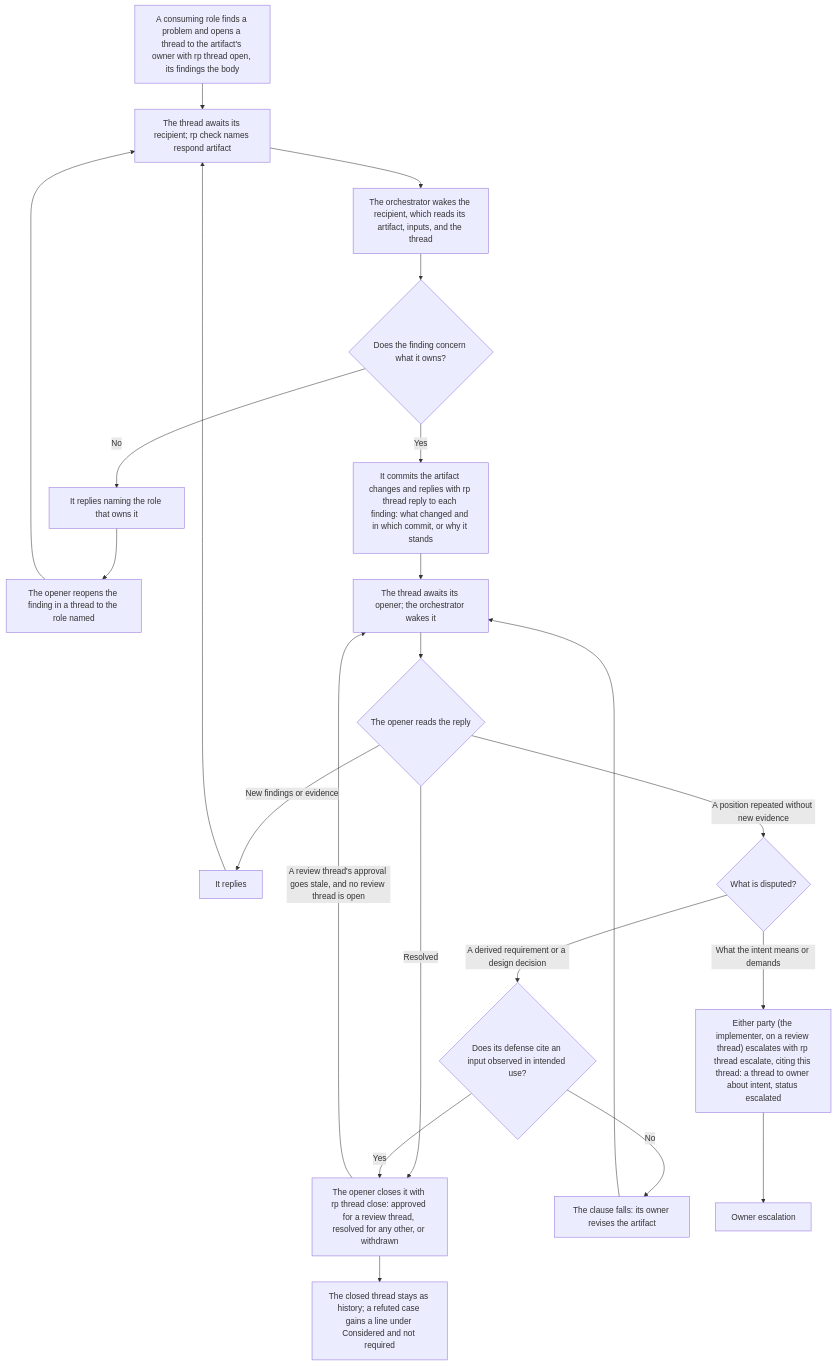
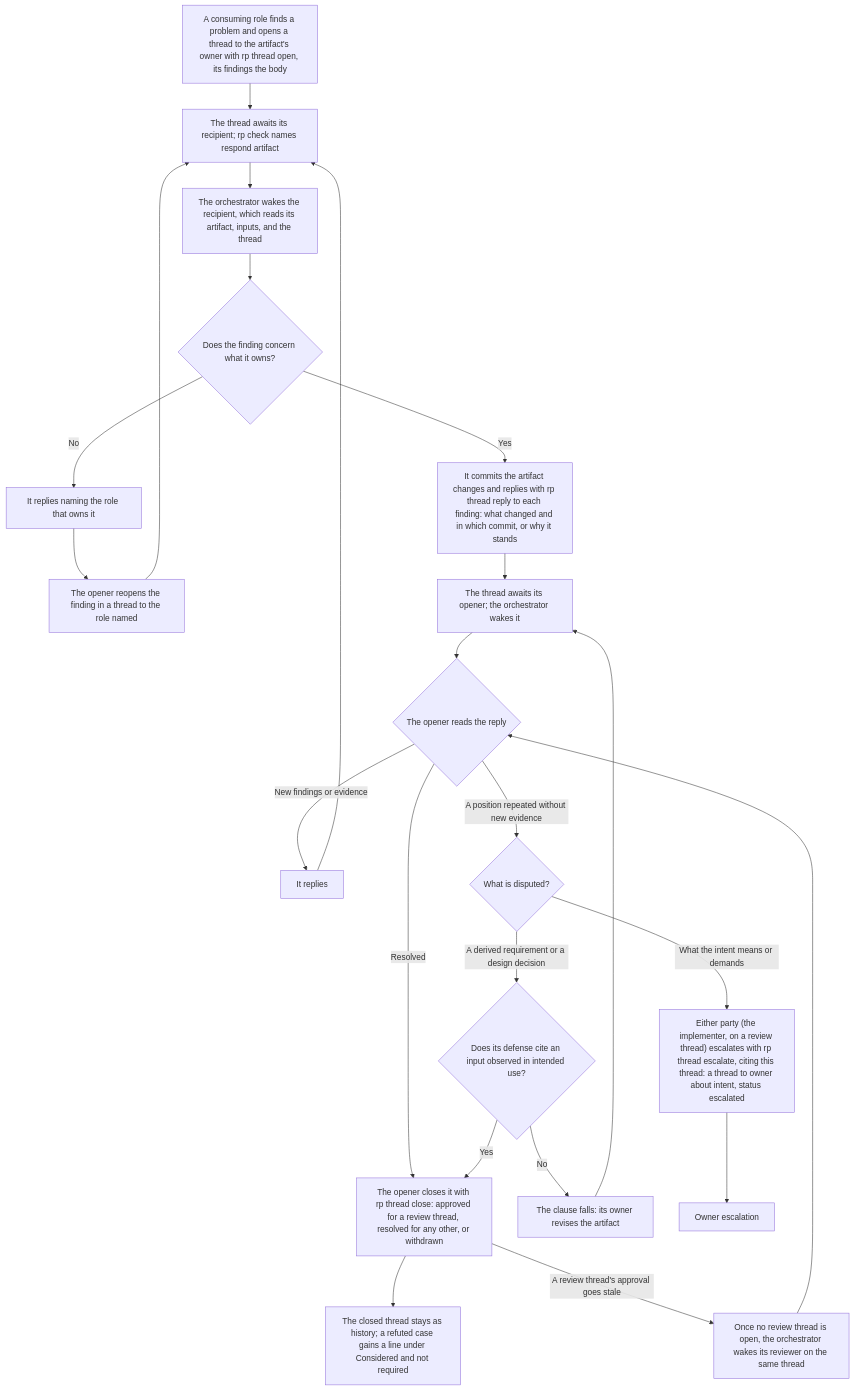
Before and after one commit to Automattic/radical-pipelines: the diagram in docs/flowcharts/threads.md, drawn with Mermaid. The commit also changed 8 other files, not shown here.

Commit message:
Write again only in the lane's review thread, drop a reopened approval's certification, and cover the two-lane round trip (assisted)

````diff
--- a/docs/flowcharts/threads.md
+++ b/docs/flowcharts/threads.md
@@ -5,24 +5,25 @@
 ```mermaid
 flowchart TD
     OPEN["A consuming role finds a problem and opens a thread to the artifact's owner with rp thread open, its findings the body"] --> AW1["The thread awaits its recipient; rp check names respond artifact"]
     AW1 --> OWNER["The orchestrator wakes the recipient, which reads its artifact, inputs, and the thread"]
     OWNER --> OWNS{"Does the finding concern what it owns?"}
     OWNS -->|No| NAME["It replies naming the role that owns it"]
     NAME --> REOPEN["The opener reopens the finding in a thread to the role named"]
     REOPEN --> AW1
     OWNS -->|Yes| ANSWER["It commits the artifact changes and replies with rp thread reply to each finding: what changed and in which commit, or why it stands"]
     ANSWER --> AW2["The thread awaits its opener; the orchestrator wakes it"]
     AW2 --> READ{"The opener reads the reply"}
     READ -->|Resolved| CLOSED["The opener closes it with rp thread close: approved for a review thread, resolved for any other, or withdrawn"]
     READ -->|New findings or evidence| AGAIN["It replies"]
     AGAIN --> AW1
     READ -->|A position repeated without new evidence| DIS{"What is disputed?"}
     DIS -->|A derived requirement or a design decision| OBS{"Does its defense cite an input observed in intended use?"}
     OBS -->|Yes| CLOSED
     OBS -->|No| REVISE["The clause falls: its owner revises the artifact"]
     REVISE --> AW2
     DIS -->|What the intent means or demands| ESC["Either party (the implementer, on a review thread) escalates with rp thread escalate, citing this thread: a thread to owner about intent, status escalated"]
     ESC --> OE["Owner escalation"]
     CLOSED --> HIST["The closed thread stays as history; a refuted case gains a line under Considered and not required"]
-    CLOSED -->|"A review thread's approval goes stale, and no review thread is open"| AW2
+    CLOSED -->|"A review thread's approval goes stale"| STALE["Once no review thread is open, the orchestrator wakes its reviewer on the same thread"]
+    STALE --> READ
 ```
````
